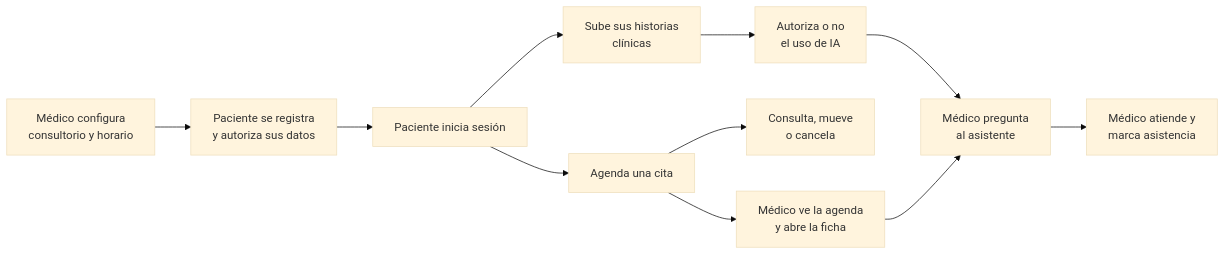
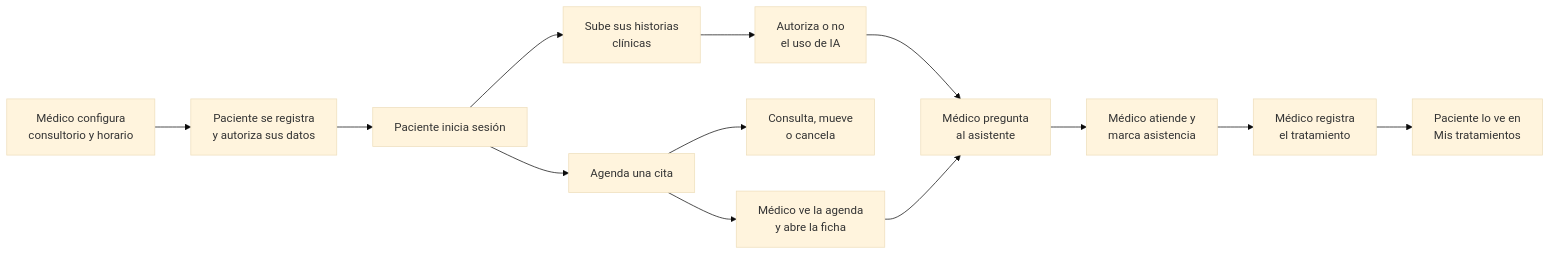
The diagram in planificacion/01-alcance-y-flujo.md (JAOSjavi/vitalia), drawn with Mermaid (base theme) before and after one commit. The commit also changed other lines of this file and 27 other files, not shown here.

````diff
--- a/planificacion/01-alcance-y-flujo.md
+++ b/planificacion/01-alcance-y-flujo.md
@@ -71,13 +73,15 @@
 ```mermaid
 flowchart LR
     A[Médico configura<br/>consultorio y horario] --> B[Paciente se registra<br/>y autoriza sus datos]
     B --> C[Paciente inicia sesión]
     C --> D[Sube sus historias<br/>clínicas]
     D --> E[Autoriza o no<br/>el uso de IA]
     C --> F[Agenda una cita]
     F --> G[Consulta, mueve<br/>o cancela]
     F --> H[Médico ve la agenda<br/>y abre la ficha]
     E --> I[Médico pregunta<br/>al asistente]
     H --> I
     I --> J[Médico atiende y<br/>marca asistencia]
+    J --> K[Médico registra<br/>el tratamiento]
+    K --> L[Paciente lo ve en<br/>Mis tratamientos]
 ```
````
